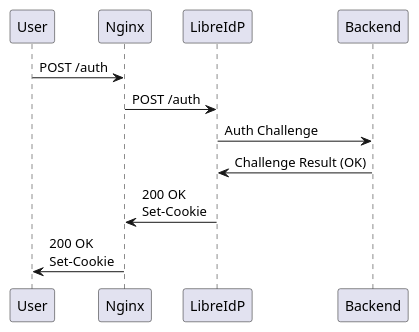
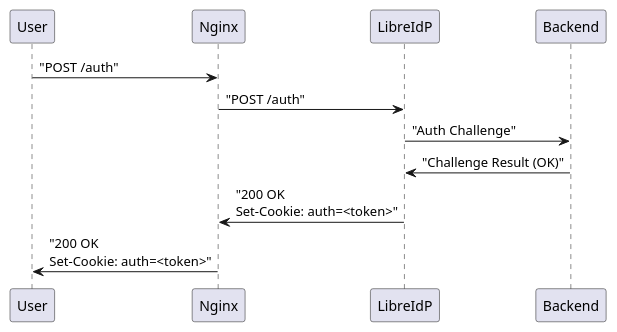
The second of 4 diagrams in _posts/2022-08-13-libreidp.md (AmateurECE/twardyece-blog), drawn with PlantUML before and after one commit. The commit also changed other lines of this file, not shown here.

Commit message:
Update post for PlantUML syntax

```diff
--- a/_posts/2022-08-13-libreidp.md
+++ b/_posts/2022-08-13-libreidp.md
@@ -60,8 +60,8 @@
 {% plantuml %}
-User -> Nginx: POST /auth
-Nginx -> LibreIdP: POST /auth
-LibreIdP -> Backend: Auth Challenge
-Backend -> LibreIdP: Challenge Result (OK)
-LibreIdP -> Nginx: 200 OK\nSet-Cookie
-Nginx -> User: 200 OK\nSet-Cookie
+User -> Nginx: "POST /auth"
+Nginx -> LibreIdP: "POST /auth"
+LibreIdP -> Backend: "Auth Challenge"
+Backend -> LibreIdP: "Challenge Result (OK)"
+LibreIdP -> Nginx: "200 OK\nSet-Cookie: auth=<token>"
+Nginx -> User: "200 OK\nSet-Cookie: auth=<token>"
 {% endplantuml %}
```
